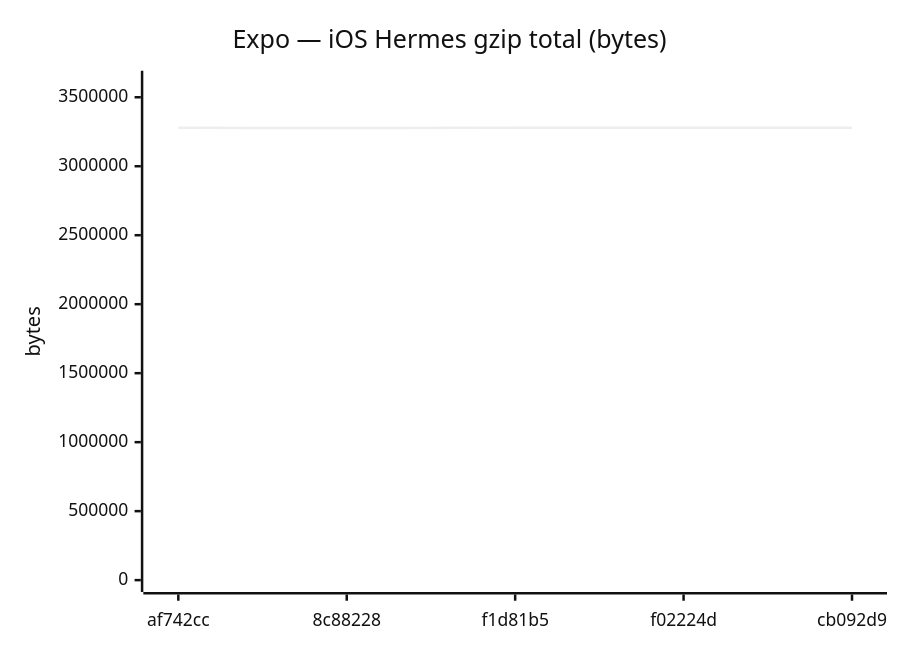
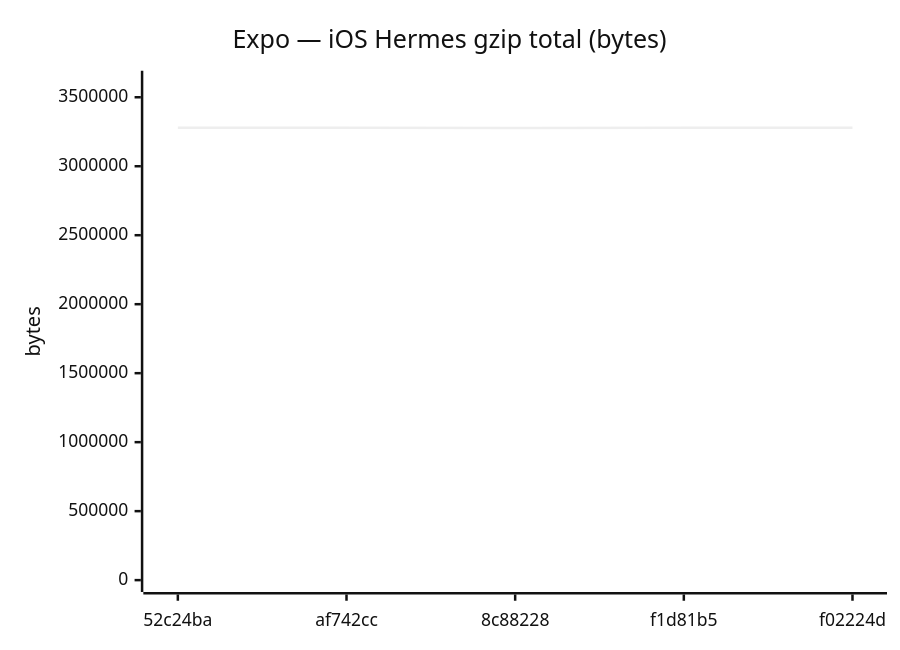
Before and after one commit to Metaheurist/Rianell: diagram 12 of 18 in benchmarks/compare.md, drawn with Mermaid (neutral theme). The commit also changed other lines of this file and 11 other files, not shown here.

````diff
--- a/benchmarks/compare.md
+++ b/benchmarks/compare.md
@@ -179,7 +179,7 @@
 ```mermaid
 xychart-beta
     title "Expo — iOS Hermes gzip total (bytes)"
-    x-axis ["af742cc", "8c88228", "f1d81b5", "f02224d", "cb092d9"]
+    x-axis ["52c24ba", "af742cc", "8c88228", "f1d81b5", "f02224d"]
     y-axis "bytes" 0 --> 3606021
-    line [3278197, 3277689, 3278200, 3278200, 3278198]
+    line [3278191, 3278197, 3277689, 3278200, 3278200]
 ```
````
